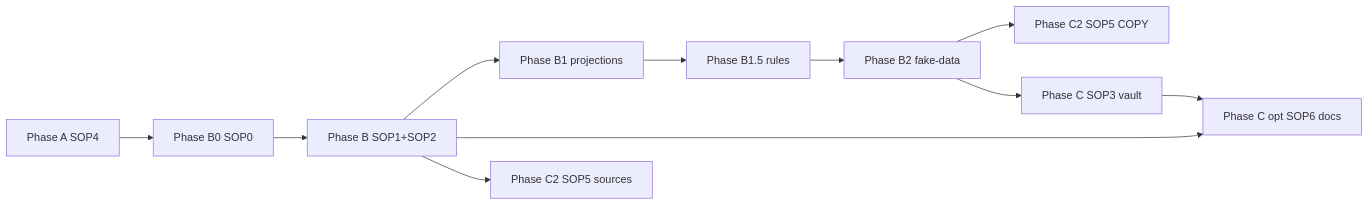
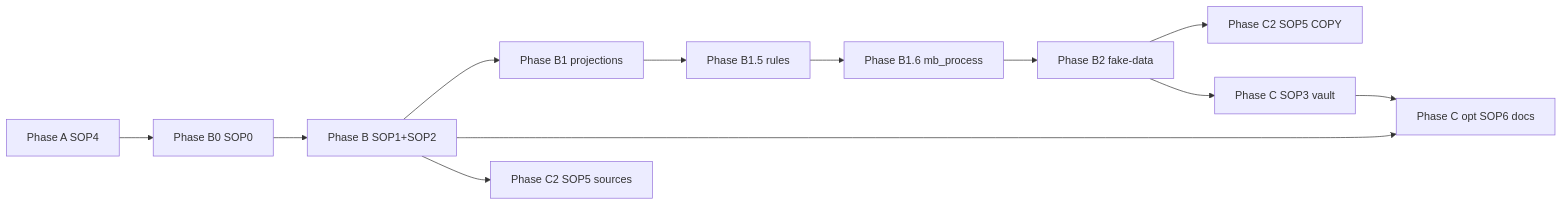
Before and after one commit to mindflight-orchestrator/starter-kit-ghostcrab-perso: the diagram in starterkit/pro-mcp/ROUTE_MAP.md, drawn with Mermaid. The commit also changed other lines of this file and 8 other files, not shown here.

````diff
--- a/starterkit/pro-mcp/ROUTE_MAP.md
+++ b/starterkit/pro-mcp/ROUTE_MAP.md
@@ -34,13 +35,14 @@
 ```mermaid
 flowchart LR
   SOP4[Phase A SOP4] --> SOP0[Phase B0 SOP0]
   SOP0 --> SOP1B[Phase B SOP1+SOP2]
   SOP1B --> SOP1proj[Phase B1 projections]
   SOP1proj --> SOP15rules[Phase B1.5 rules]
-  SOP15rules --> SOP2fake[Phase B2 fake-data]
+  SOP15rules --> SOP16process[Phase B1.6 mb_process]
+  SOP16process --> SOP2fake[Phase B2 fake-data]
   SOP2fake --> SOP5C2[Phase C2 SOP5 COPY]
   SOP2fake --> SOP3[Phase C SOP3 vault]
   SOP1B --> SOP6[Phase C opt SOP6 docs]
   SOP1B --> SOP5[Phase C2 SOP5 sources]
   SOP3 --> SOP6
 ```
````
